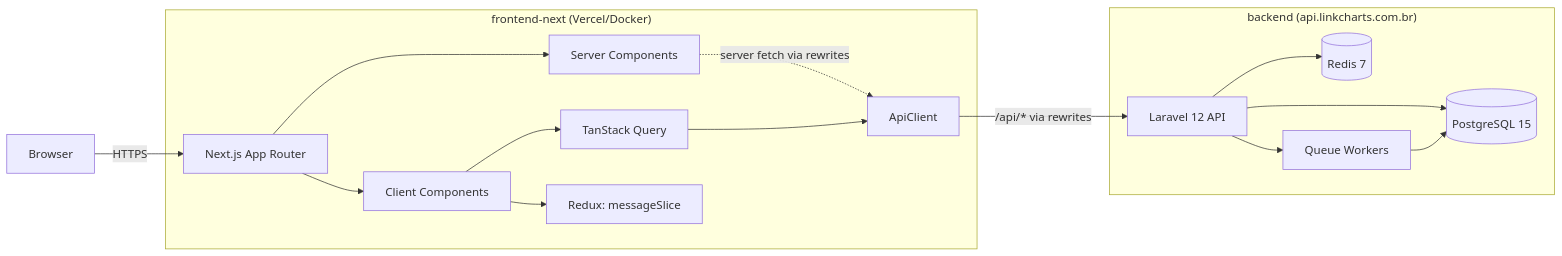
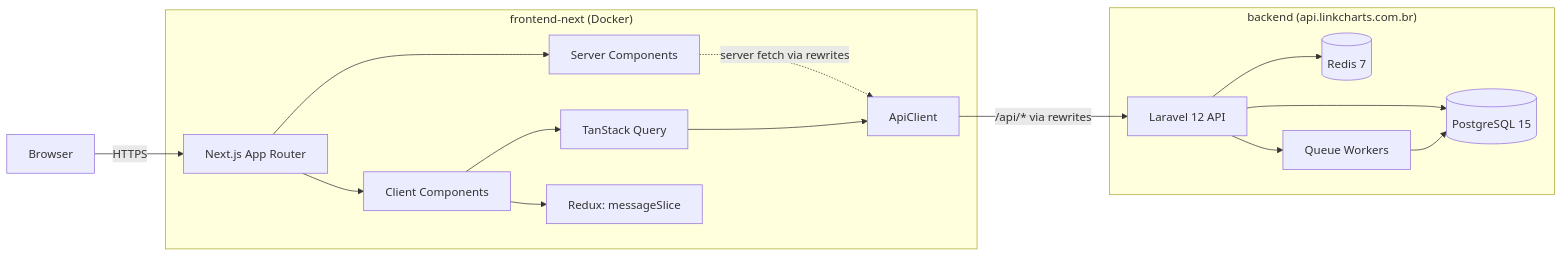
Before and after one commit to bcordeirodev/linkchart-frontend: the diagram in docs/diagrams/architecture.md, drawn with Mermaid. The commit also changed 38 other files, not shown here.

````diff
--- a/docs/diagrams/architecture.md
+++ b/docs/diagrams/architecture.md
@@ -5,31 +5,31 @@
 ```mermaid
 flowchart LR
   Browser[Browser]
-  subgraph Front["frontend-next (Vercel/Docker)"]
+  subgraph Front["frontend-next (Docker)"]
     App[Next.js App Router]
     SC[Server Components]
     CC[Client Components]
     AC[ApiClient]
     RQ[TanStack Query]
     R[Redux: messageSlice]
   end
   subgraph Back["backend (api.linkcharts.com.br)"]
     L[Laravel 12 API]
     PG[(PostgreSQL 15)]
     Redis[(Redis 7)]
     Q[Queue Workers]
   end
 
   Browser -->|HTTPS| App
   App --> SC
   App --> CC
   SC -.->|server fetch via rewrites| AC
   CC --> RQ
   CC --> R
   RQ --> AC
   AC -->|/api/* via rewrites| L
   L --> PG
   L --> Redis
   L --> Q
   Q --> PG
 ```
````
